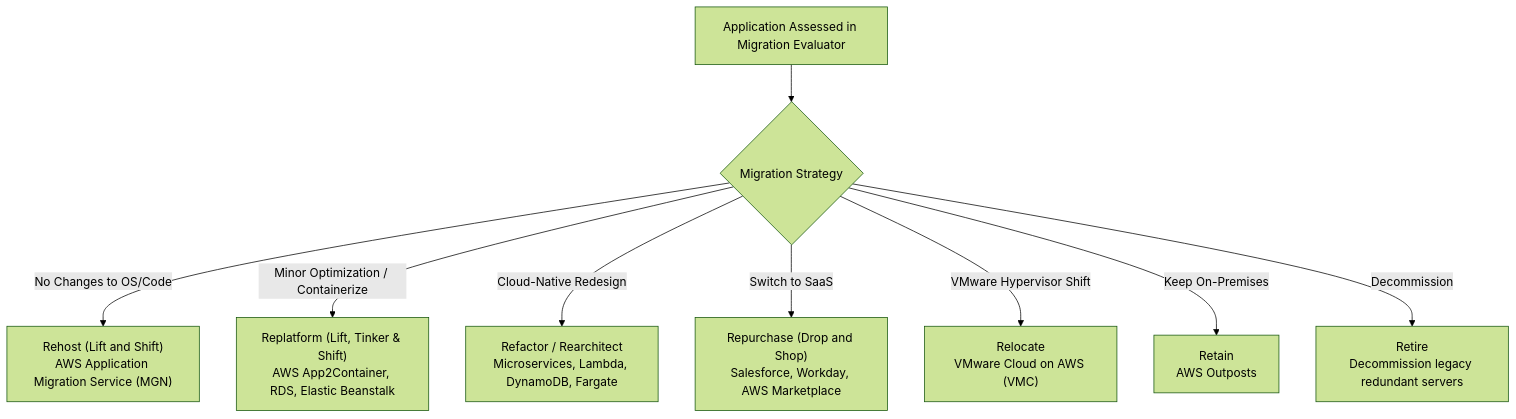
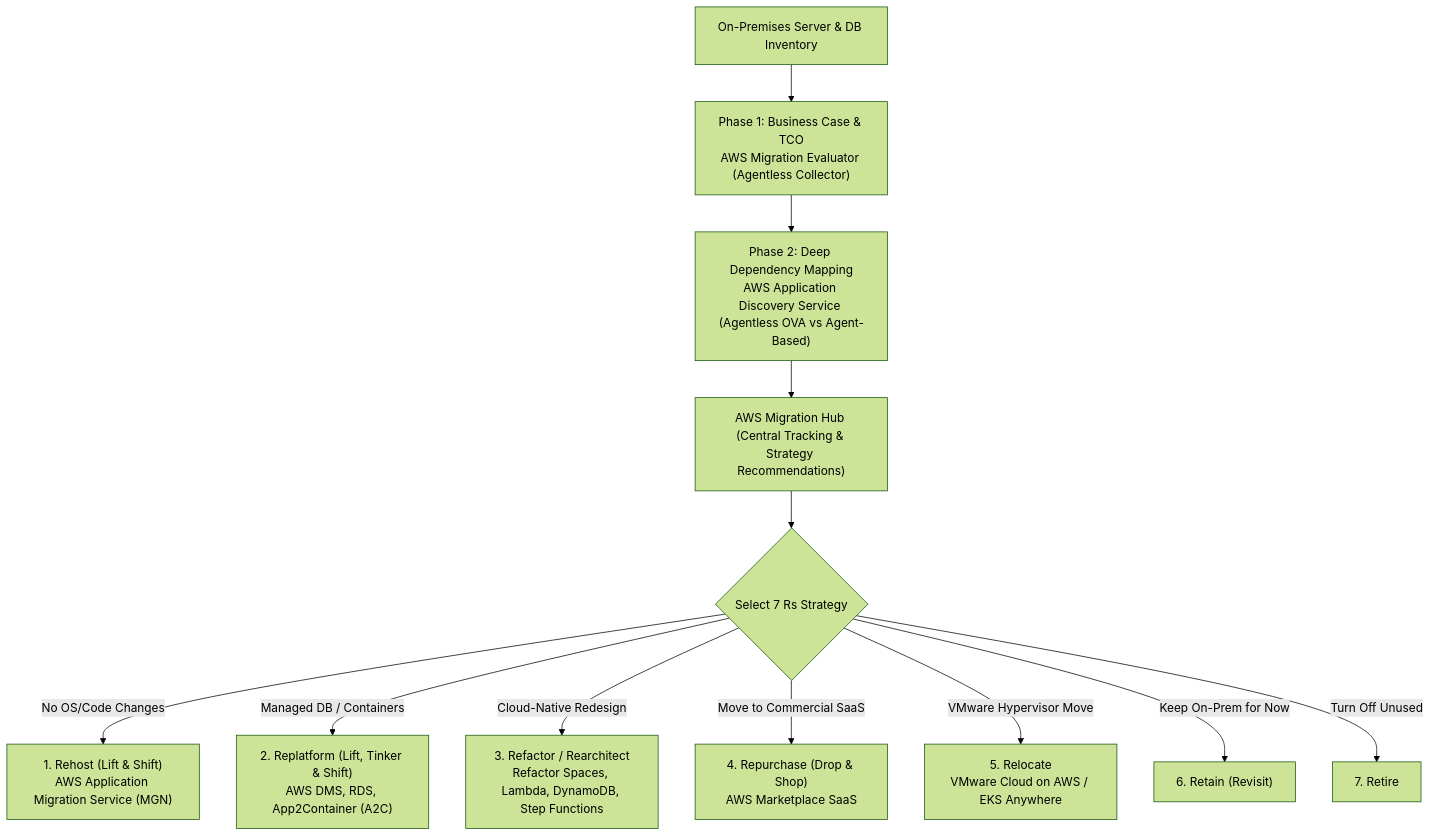
One commit to kendricklawton/technical changed the first of 2 diagrams in AWS_Solutions_Architect_Professional/Domain_4_Migration_Modernization/Study_Guide.md. Above: the diagram before and after it, drawn with Mermaid (forest theme). The commit also changed other lines of this file and 93 other files, not shown here.

````diff
--- a/AWS_Solutions_Architect_Professional/Domain_4_Migration_Modernization/Study_Guide.md
+++ b/AWS_Solutions_Architect_Professional/Domain_4_Migration_Modernization/Study_Guide.md
@@ -10,11 +10,14 @@
 ```mermaid
 flowchart TD
-    App["Application Assessed in Migration Evaluator"] --> Decide{"Migration Strategy"}
-    Decide -->|No Changes to OS/Code| Rehost["Rehost (Lift and Shift)<br/>AWS Application Migration Service (MGN)"]
-    Decide -->|Minor Optimization / Containerize| Replatform["Replatform (Lift, Tinker & Shift)<br/>AWS App2Container, RDS, Elastic Beanstalk"]
-    Decide -->|Cloud-Native Redesign| Refactor["Refactor / Rearchitect<br/>Microservices, Lambda, DynamoDB, Fargate"]
-    Decide -->|Switch to SaaS| Repurchase["Repurchase (Drop and Shop)<br/>Salesforce, Workday, AWS Marketplace"]
-    Decide -->|VMware Hypervisor Shift| Relocate["Relocate<br/>VMware Cloud on AWS (VMC)"]
-    Decide -->|Keep On-Premises| Retain["Retain<br/>AWS Outposts"]
-    Decide -->|Decommission| Retire["Retire<br/>Decommission legacy redundant servers"]
+    Portfolio["On-Premises Server & DB Inventory"] -->Phase1["Phase 1: Business Case & TCO<br/>AWS Migration Evaluator (Agentless Collector)"]
+    Phase1 --> Phase2["Phase 2: Deep Dependency Mapping<br/>AWS Application Discovery Service (Agentless OVA vs Agent-Based)"]
+    Phase2 --> Hub["AWS Migration Hub (Central Tracking & Strategy Recommendations)"]
+    Hub --> Decide{"Select 7 Rs Strategy"}
+    Decide -->|"No OS/Code Changes"| Rehost["1. Rehost (Lift & Shift)<br/>AWS Application Migration Service (MGN)"]
+    Decide -->|"Managed DB / Containers"| Replatform["2. Replatform (Lift, Tinker & Shift)<br/>AWS DMS, RDS, App2Container (A2C)"]
+    Decide -->|"Cloud-Native Redesign"| Refactor["3. Refactor / Rearchitect<br/>Refactor Spaces, Lambda, DynamoDB, Step Functions"]
+    Decide -->|"Move to Commercial SaaS"| Repurchase["4. Repurchase (Drop & Shop)<br/>AWS Marketplace SaaS"]
+    Decide -->|"VMware Hypervisor Move"| Relocate["5. Relocate<br/>VMware Cloud on AWS / EKS Anywhere"]
+    Decide -->|"Keep On-Prem for Now"| Retain["6. Retain (Revisit)"]
+    Decide -->|"Turn Off Unused"| Retire["7. Retire"]
 ```
````
